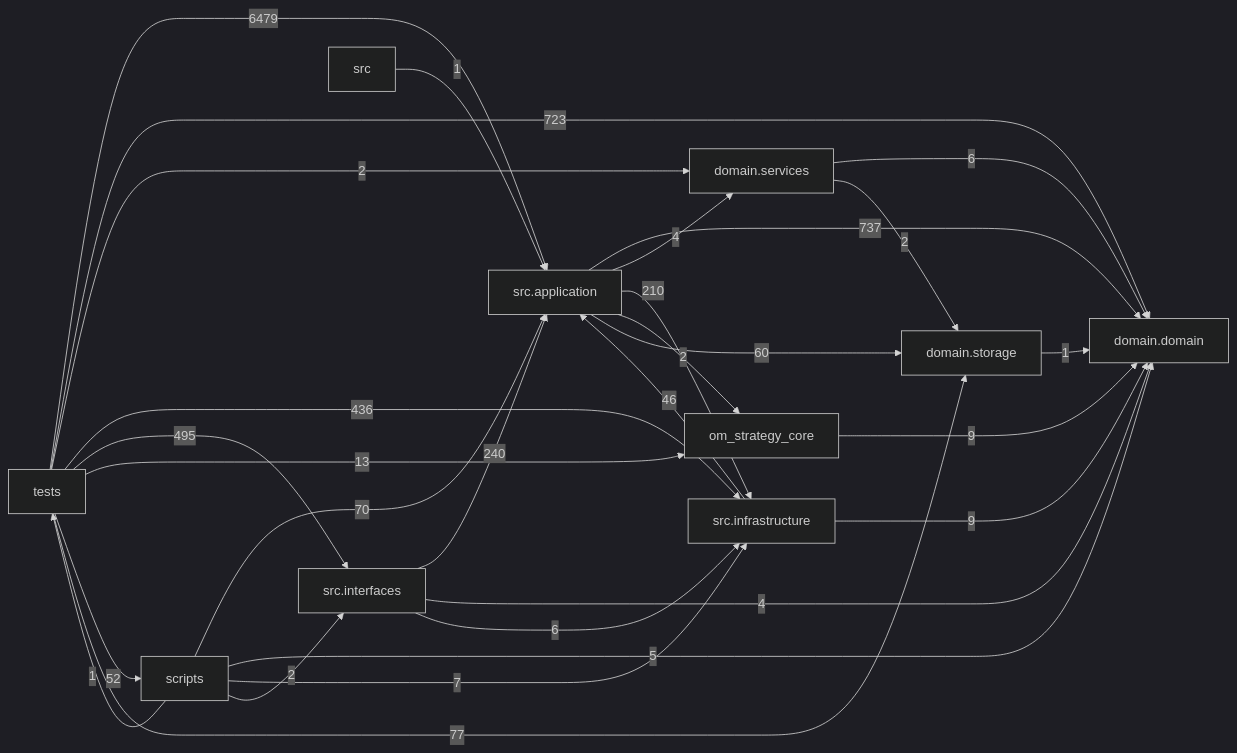
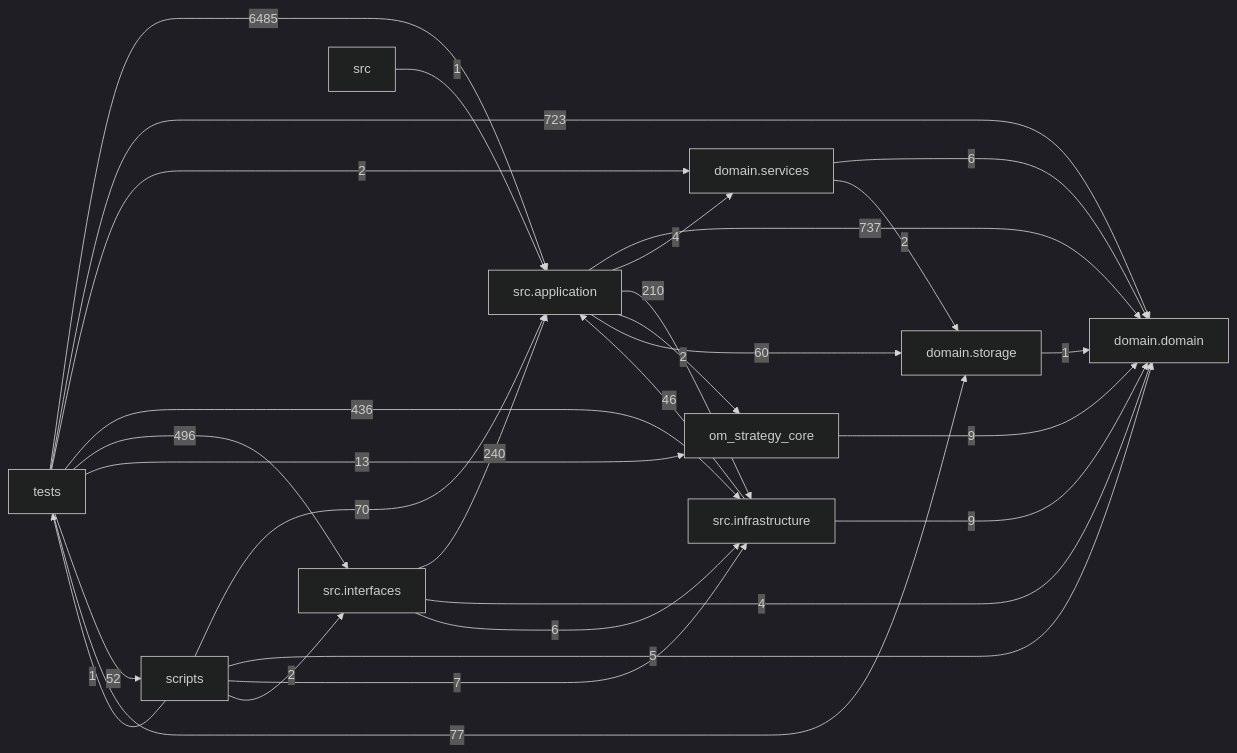
One commit to liuxie066/options-monitor changed the diagram in docs/DEPENDENCY_GRAPH.md. Above: the diagram before and after it, drawn with Mermaid (dark theme). The commit also changed other lines of this file and 2 other files, not shown here.

````diff
--- a/docs/DEPENDENCY_GRAPH.md
+++ b/docs/DEPENDENCY_GRAPH.md
@@ -24,39 +24,39 @@
 ```mermaid
 flowchart LR
   tests["tests"]
   scripts["scripts"]
   interfaces["src.interfaces"]
   application["src.application"]
   infrastructure["src.infrastructure"]
   domain_services["domain.services"]
   domain["domain.domain"]
   storage["domain.storage"]
   application -->|737| domain
   application -->|4| domain_services
   application -->|210| infrastructure
   application -->|2| om_strategy_core
   application -->|60| storage
   domain_services -->|6| domain
   domain_services -->|2| storage
   infrastructure -->|46| application
   infrastructure -->|9| domain
   interfaces -->|240| application
   interfaces -->|4| domain
   interfaces -->|6| infrastructure
   om_strategy_core -->|9| domain
   scripts -->|70| application
   scripts -->|5| domain
   scripts -->|7| infrastructure
   scripts -->|2| interfaces
   scripts -->|1| tests
   src -->|1| application
   storage -->|1| domain
-  tests -->|6479| application
+  tests -->|6485| application
   tests -->|723| domain
   tests -->|2| domain_services
   tests -->|436| infrastructure
-  tests -->|495| interfaces
+  tests -->|496| interfaces
   tests -->|13| om_strategy_core
   tests -->|52| scripts
   tests -->|77| storage
 ```
````
